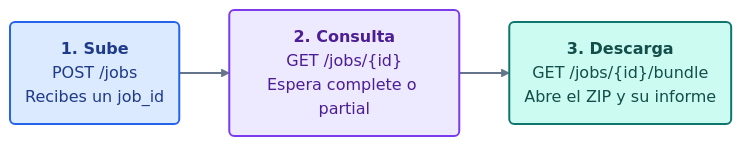
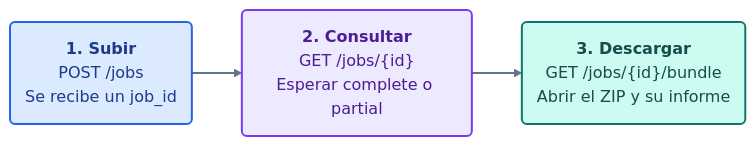
Before and after one commit to jpadillaa/rs_okf_microservice: the sixth of 7 diagrams in README.md, drawn with Mermaid. The commit also changed other lines of this file, not shown here.

````diff
--- a/README.md
+++ b/README.md
@@ -218,14 +218,14 @@
 ```mermaid
 flowchart LR
-    accTitle: Tu primera conversión desde el navegador
-    accDescr: Sube un documento mediante POST jobs, copia el job_id, consulta GET jobs id hasta complete o partial y descarga el ZIP mediante GET jobs id bundle.
-    d6_upload("<b>1. Sube</b><br/>POST /jobs<br/>Recibes un job_id") --> d6_check("<b>2. Consulta</b><br/>GET /jobs/{id}<br/>Espera complete o partial")
-    d6_check --> d6_download("<b>3. Descarga</b><br/>GET /jobs/{id}/bundle<br/>Abre el ZIP y su informe")
+    accTitle: Primera conversión desde el navegador
+    accDescr: Subir un documento mediante POST jobs, copiar el job_id, consultar GET jobs id hasta complete o partial y descargar el ZIP mediante GET jobs id bundle.
+    d6_upload("<b>1. Subir</b><br/>POST /jobs<br/>Se recibe un job_id") --> d6_check("<b>2. Consultar</b><br/>GET /jobs/{id}<br/>Esperar complete o partial")
+    d6_check --> d6_download("<b>3. Descargar</b><br/>GET /jobs/{id}/bundle<br/>Abrir el ZIP y su informe")
     classDef input fill:#DBEAFE,stroke:#2563EB,color:#1E3A8A,stroke-width:2px;
     classDef process fill:#EDE9FE,stroke:#7C3AED,color:#4C1D95,stroke-width:2px;
     classDef output fill:#CCFBF1,stroke:#0F766E,color:#134E4A,stroke-width:2px;
     class d6_upload input;
     class d6_check process;
     class d6_download output;
     linkStyle default stroke:#64748B,stroke-width:2px;
 ```
````
